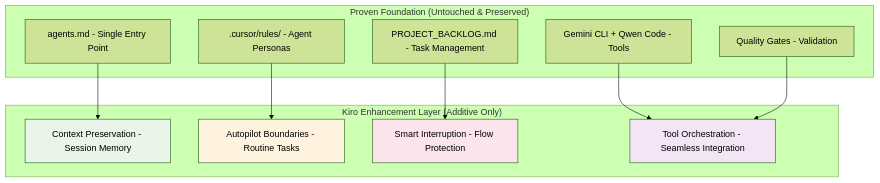
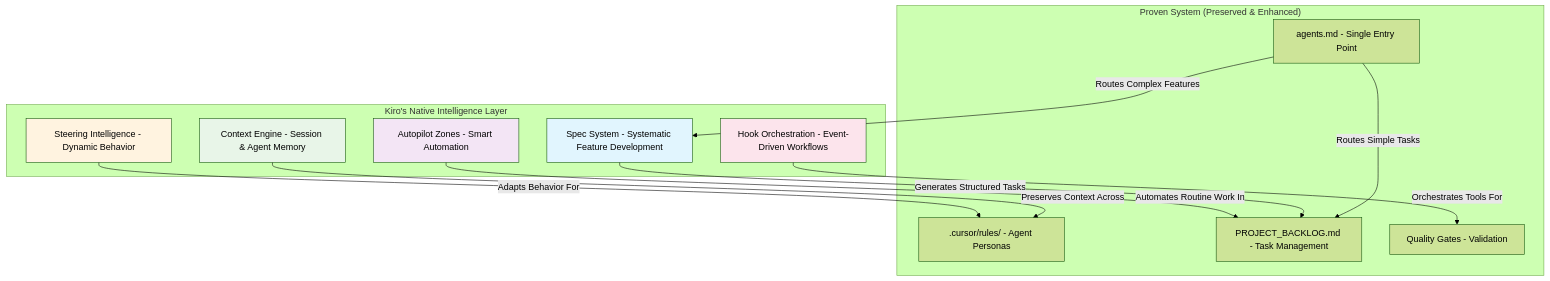
Before and after one commit to pridiuksson/cursor-agents: the diagram in kiro.md, drawn with Mermaid (forest theme). The commit also changed other lines of this file, not shown here.

Commit message:
Kiro bridge to Cursor rules

````diff
--- a/kiro.md
+++ b/kiro.md
@@ -38,28 +38,31 @@
 ```mermaid
 graph TB
-    subgraph "Proven Foundation (Untouched & Preserved)"
-        A[agents.md - Single Entry Point]
-        B[.cursor/rules/ - Agent Personas]
-        C[PROJECT_BACKLOG.md - Task Management]
-        D[Gemini CLI + Qwen Code - Tools]
-        E[Quality Gates - Validation]
+    subgraph "Kiro's Native Intelligence Layer"
+        A[Spec System - Systematic Feature Development]
+        B[Context Engine - Session & Agent Memory]
+        C[Steering Intelligence - Dynamic Behavior]
+        D[Autopilot Zones - Smart Automation]
+        E[Hook Orchestration - Event-Driven Workflows]
     end
     
-    subgraph "Kiro Enhancement Layer (Additive Only)"
-        F[Context Preservation - Session Memory]
-        G[Autopilot Boundaries - Routine Tasks]
-        H[Smart Interruption - Flow Protection]
-        I[Tool Orchestration - Seamless Integration]
+    subgraph "Proven System (Preserved & Enhanced)"
+        F[agents.md - Single Entry Point]
+        G[.cursor/rules/ - Agent Personas]
+        H[PROJECT_BACKLOG.md - Task Management]
+        I[Quality Gates - Validation]
     end
     
-    A --> F
-    B --> G
-    C --> H
-    D --> I
-    E --> I
+    F -->|Routes Complex Features| A
+    F -->|Routes Simple Tasks| H
+    A -->|Generates Structured Tasks| H
+    B -->|Preserves Context Across| G
+    C -->|Adapts Behavior For| G
+    D -->|Automates Routine Work In| H
+    E -->|Orchestrates Tools For| I
     
-    style F fill:#e8f5e8
-    style G fill:#fff3e0
-    style H fill:#fce4ec
-    style I fill:#f3e5f5
+    style A fill:#e1f5fe
+    style B fill:#e8f5e8
+    style C fill:#fff3e0
+    style D fill:#f3e5f5
+    style E fill:#fce4ec
 ```
````
